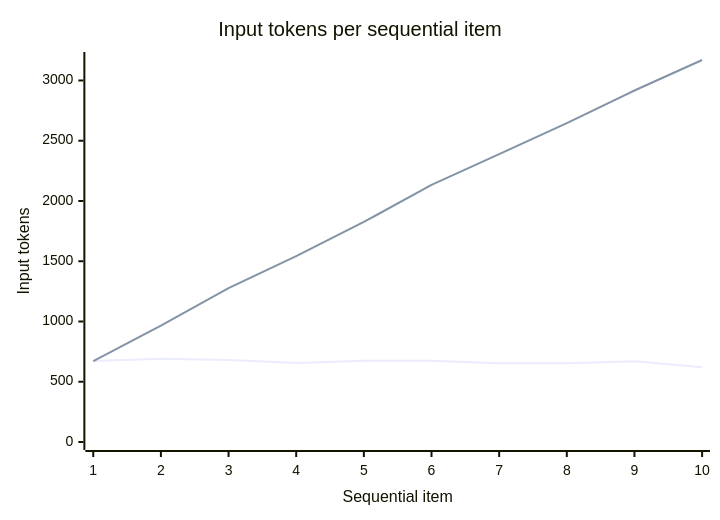
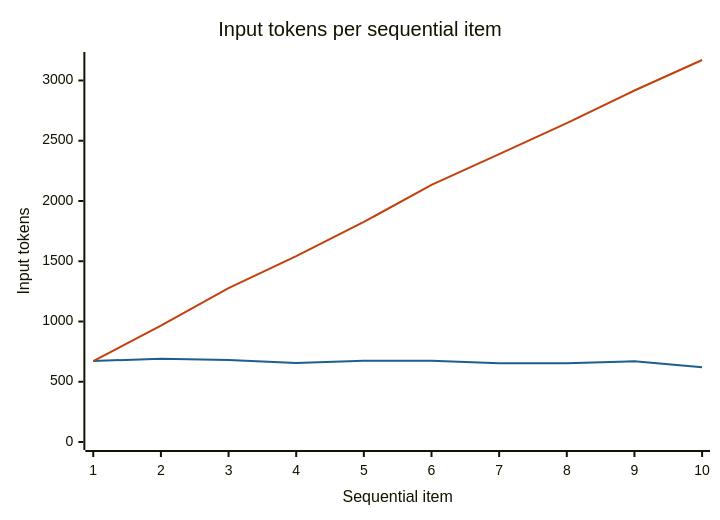
One commit to vidhu-hegde/Multi-Agent-Tax-System changed the diagram in docs/metrics.md. Above: the diagram before and after it, drawn with Mermaid. The commit also changed other lines of this file and 2 other files, not shown here.

First line of the commit message:
Metrics chart: distinct line colours and a caption naming them

````diff
--- a/docs/metrics.md
+++ b/docs/metrics.md
@@ -27,8 +28,9 @@
 ```mermaid
+%%{init: {"themeVariables": {"xyChart": {"plotColorPalette": "#1f5f8b, #c2410c"}}}}%%
 xychart-beta
     title "Input tokens per sequential item"
     x-axis "Sequential item" [1, 2, 3, 4, 5, 6, 7, 8, 9, 10]
     y-axis "Input tokens" 0 --> 3170
     line [672, 691, 681, 655, 674, 675, 654, 654, 670, 620]
     line [672, 966, 1277, 1543, 1826, 2133, 2389, 2646, 2917, 3170]
 ```
````
